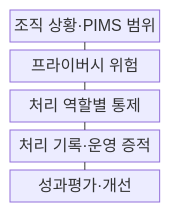
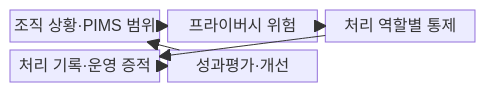
The first of 2 diagrams in src/content/docs/notes/05-security/107_iso_27701.md (agnusdei1207/knowledge-base), drawn with Mermaid before and after one commit. The commit also changed other lines of this file and 20 other files, not shown here.

````diff
--- a/src/content/docs/notes/05-security/107_iso_27701.md
+++ b/src/content/docs/notes/05-security/107_iso_27701.md
@@ -53,13 +53,14 @@
 ```mermaid
-block-beta
-  columns 1
+block
+  columns 3
   O["조직 상황·PIMS 범위"]
   R["프라이버시 위험"]
   C["처리 역할별 통제"]
   E["처리 기록·운영 증적"]
   I["성과평가·개선"]
-  O --- R
-  R --- C
-  C --- E
-  E --- I
+  O --> R
+  R --> C
+  C --> E
+  E --> I
+  I --> O
 ```
````
